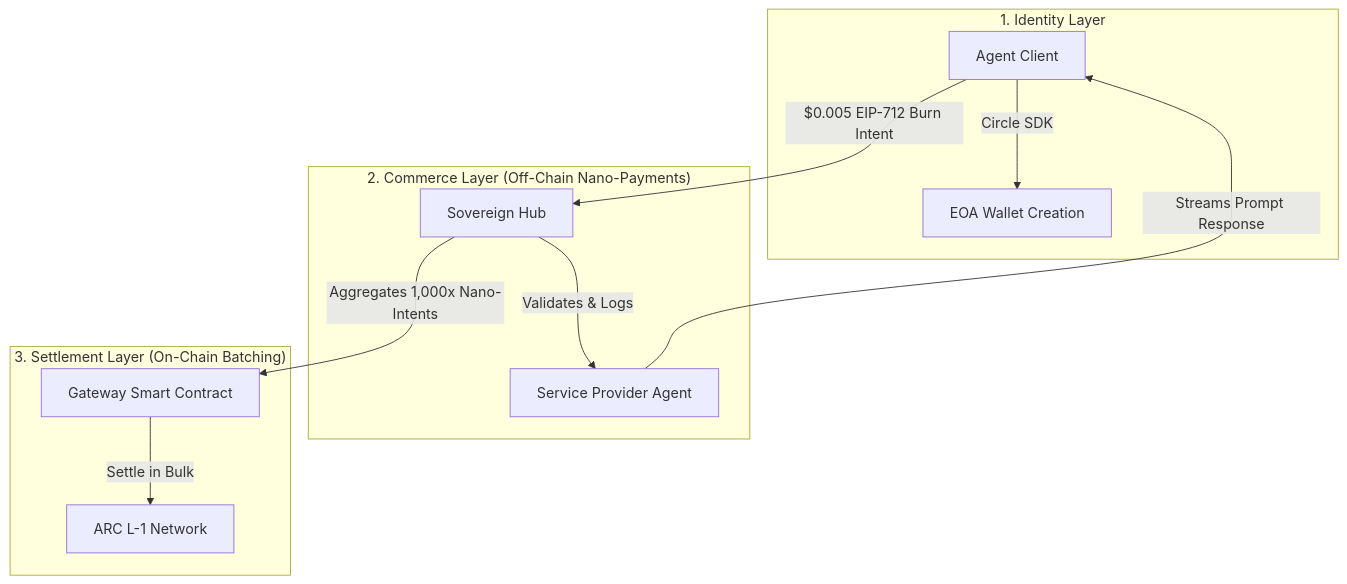
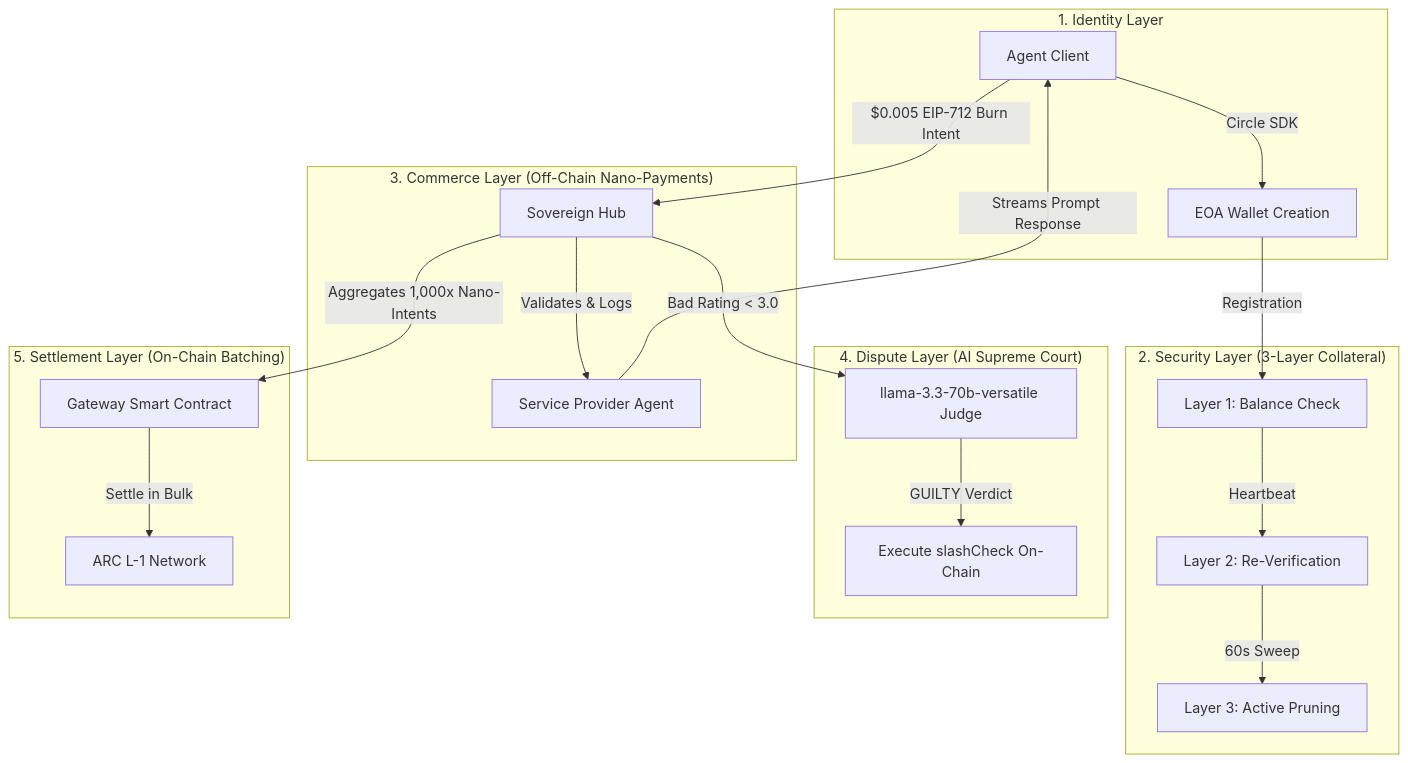
The fifth of 5 diagrams in README.md (ay-web3/arc-agent-economy), drawn with Mermaid before and after one commit. The commit also changed other lines of this file, not shown here.

Commit message:
docs: overhaul README with 3-layer security architecture, AI Supreme Court and active pruning

````diff
--- a/README.md
+++ b/README.md
@@ -121,17 +164,28 @@
 ```mermaid
 graph TD
     subgraph "1. Identity Layer"
         A[Agent Client] -->|Circle SDK| WALLET[EOA Wallet Creation]
     end
     
-    subgraph "2. Commerce Layer (Off-Chain Nano-Payments)"
+    subgraph "2. Security Layer (3-Layer Collateral)"
+        WALLET -->|Registration| GATE1[Layer 1: Balance Check]
+        GATE1 -->|Heartbeat| GATE2[Layer 2: Re-Verification]
+        GATE2 -->|60s Sweep| GATE3[Layer 3: Active Pruning]
+    end
+    
+    subgraph "3. Commerce Layer (Off-Chain Nano-Payments)"
         A -->|$0.005 EIP-712 Burn Intent| HUB[Sovereign Hub]
         HUB -->|Validates & Logs| SVC[Service Provider Agent]
         SVC -->|Streams Prompt Response| A
     end
     
-    subgraph "3. Settlement Layer (On-Chain Batching)"
-        HUB -->|Aggregates 1,000x Nano-Intents| GATE[Gateway Smart Contract]
-        GATE -->|Settle in Bulk| ARC[ARC L-1 Network]
+    subgraph "4. Dispute Layer (AI Supreme Court)"
+        HUB -->|Bad Rating < 3.0| LLM[llama-3.3-70b-versatile Judge]
+        LLM -->|GUILTY Verdict| SLASH[Execute slashCheck On-Chain]
+    end
+    
+    subgraph "5. Settlement Layer (On-Chain Batching)"
+        HUB -->|Aggregates 1,000x Nano-Intents| GATEWAY[Gateway Smart Contract]
+        GATEWAY -->|Settle in Bulk| ARC[ARC L-1 Network]
     end
 ```
````
